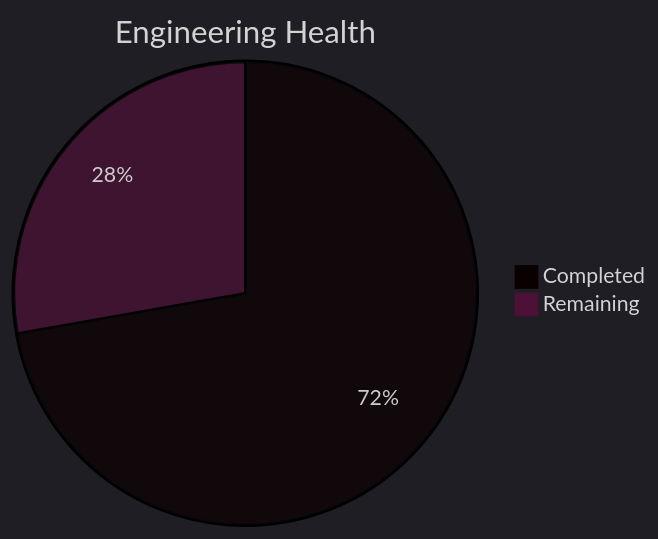
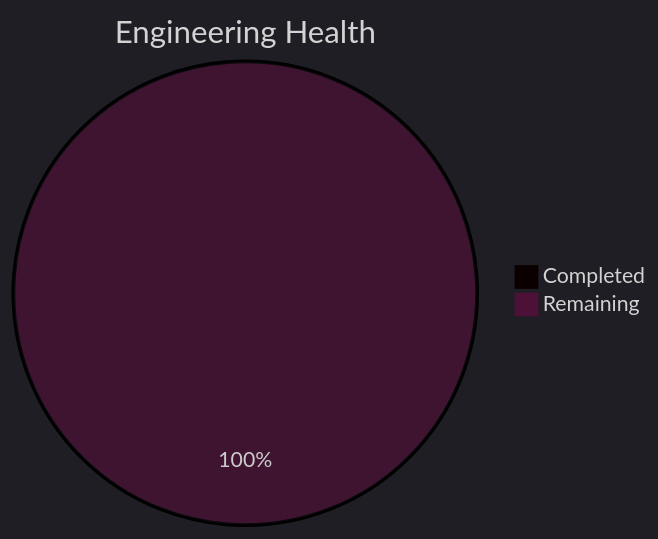
Before and after one commit to Neogleamz/SK8Lytz: the third of 5 diagrams in tools/SK8Lytz_Bucket_List.md, drawn with Mermaid. The commit also changed other lines of this file, not shown here.

````diff
--- a/tools/SK8Lytz_Bucket_List.md
+++ b/tools/SK8Lytz_Bucket_List.md
@@ -39,6 +35,6 @@
 ```mermaid
 %%{init: {'theme': 'dark'}}%%
 pie title Engineering Health
-  "Completed" : 13
-  "Remaining" : 5
+  "Completed" : 0
+  "Remaining" : 8
 ```
````
